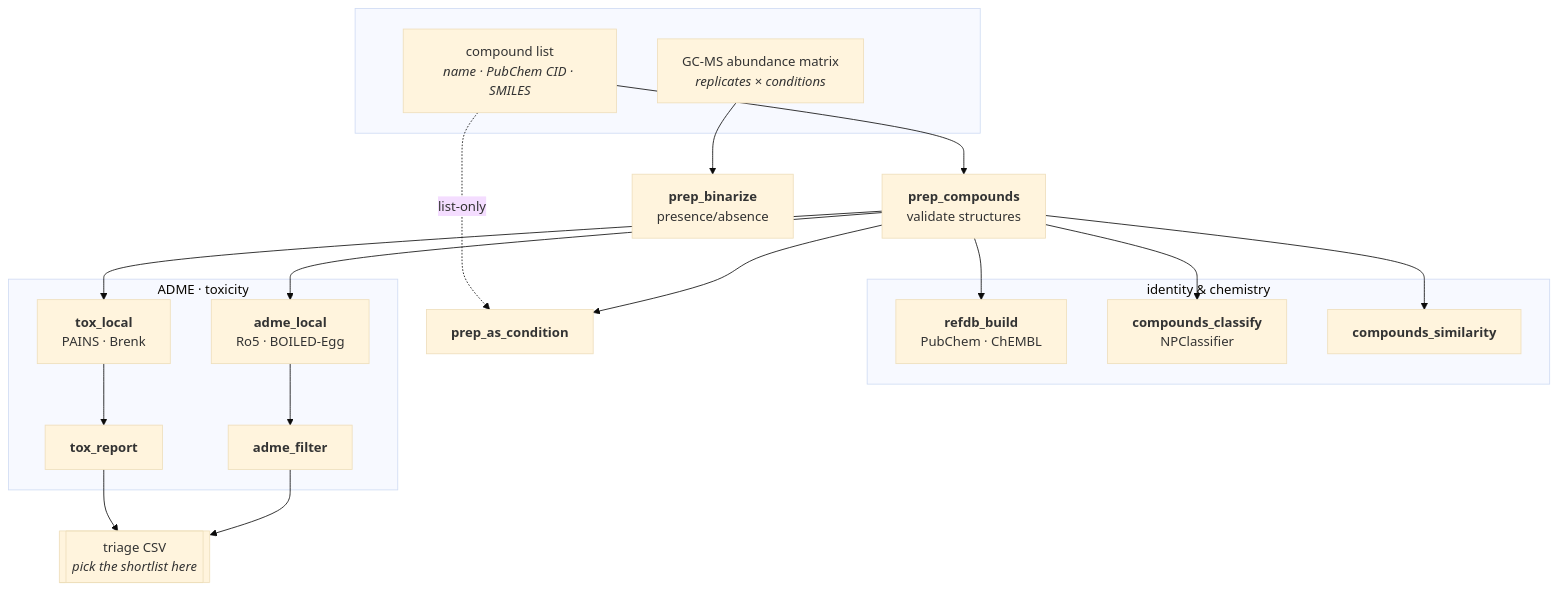
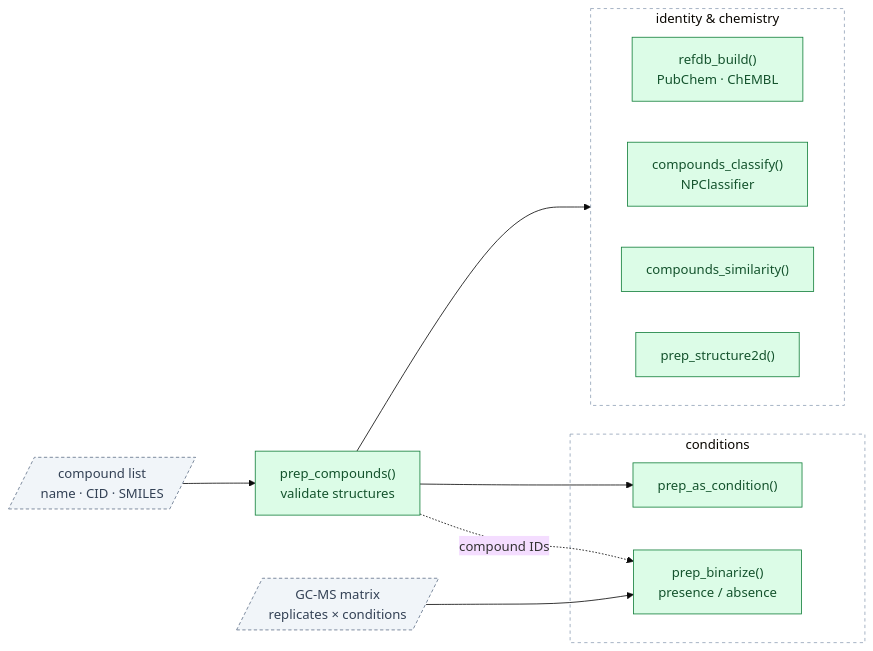
The second of 8 diagrams in README.md (hierax00/patliR), drawn with Mermaid (base theme) before and after one commit. The commit also changed other lines of this file and 1 other file, not shown here.

Commit message:
Docs: update README command reference and prose against the code; redraw pipeline flowcharts as 8 smaller diagrams; NEWS entry for recent fixes

````diff
--- a/README.md
+++ b/README.md
@@ -27,31 +61,30 @@
 ```mermaid
-flowchart TD
-    subgraph input [" "]
-        L["compound list<br/><i>name · PubChem CID · SMILES</i>"]
-        M["GC-MS abundance matrix<br/><i>replicates × conditions</i>"]
+flowchart LR
+    L[/"compound list<br/>name · CID · SMILES"/]:::io
+    M[/"GC-MS matrix<br/>replicates × conditions"/]:::io
+    PC["prep_compounds()<br/>validate structures"]:::s1
+
+    subgraph cond ["conditions"]
+        PAC["prep_as_condition()"]:::s1
+        PB["prep_binarize()<br/>presence / absence"]:::s1
     end
 
-    L --> PC["<b>prep_compounds</b><br/>validate structures"]
-    M --> PB["<b>prep_binarize</b><br/>presence/absence"]
-    L -.list-only.-> PAC["<b>prep_as_condition</b>"]
+    subgraph chem ["identity & chemistry"]
+        direction LR
+        RDB["refdb_build()<br/>PubChem · ChEMBL"]:::s1
+        CL["compounds_classify()<br/>NPClassifier"]:::s1
+        SIM["compounds_similarity()"]:::s1
+        S2D["prep_structure2d()"]:::s1
+    end
+
+    L --> PC
     PC --> PAC
+    PC -.->|"compound IDs"| PB
+    M --> PB
+    PC --> chem
 
-    subgraph chem ["identity & chemistry"]
-        RDB["<b>refdb_build</b><br/>PubChem · ChEMBL"]
-        CL["<b>compounds_classify</b><br/>NPClassifier"]
-        SIM["<b>compounds_similarity</b>"]
-    end
-    PC --> RDB & CL & SIM
-
-    subgraph pk ["ADME · toxicity"]
-        AL["<b>adme_local</b><br/>Ro5 · BOILED-Egg"]
-        AF["<b>adme_filter</b>"]
-        TL["<b>tox_local</b><br/>PAINS · Brenk"]
-        TR["<b>tox_report</b>"]
-    end
-    PC --> AL --> AF
-    PC --> TL --> TR
-
-    TR --> CSV[["triage CSV<br/><i>pick the shortlist here</i>"]]
-    AF --> CSV
+    classDef s1 fill:#dcfce7,stroke:#15803d,color:#14532d
+    classDef io fill:#f1f5f9,stroke:#64748b,color:#334155,stroke-dasharray:4 3
+    classDef box fill:transparent,stroke:#94a3b8,stroke-dasharray:4 4
+    class cond,chem box
 ```
````
